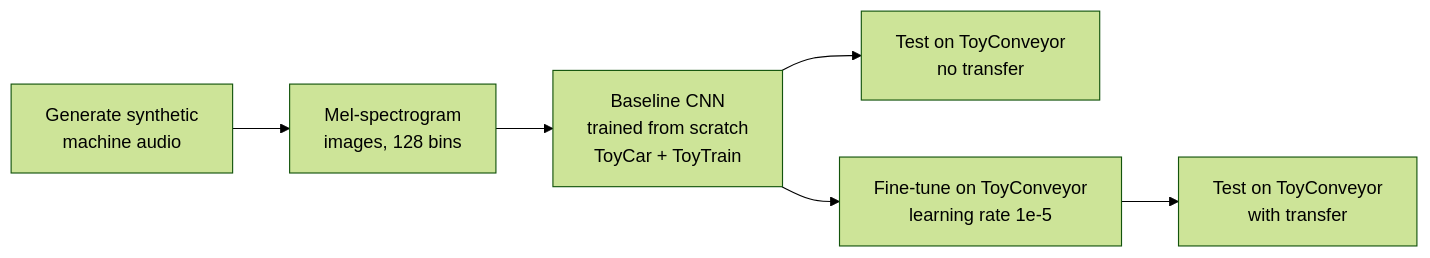
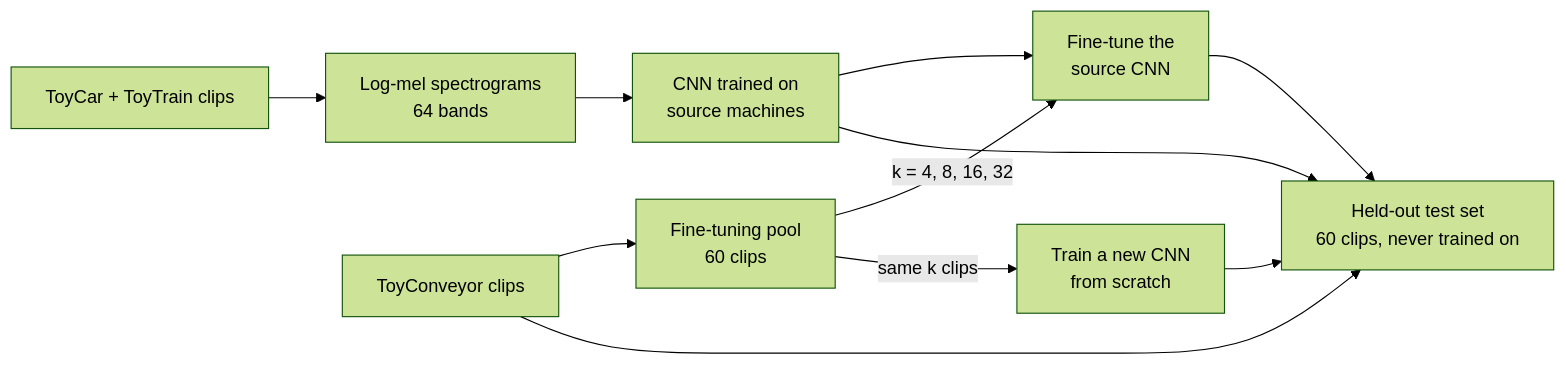
Before and after one commit to dojedaro/transfer-learning-audio-anomaly-detection: the diagram in README.md, drawn with Mermaid (forest theme). The commit also changed other lines of this file and 15 other files, not shown here.

First line of the commit message:
Rebuild the experiment with a disjoint test set and a from-scratch control

````diff
--- a/README.md
+++ b/README.md
@@ -34,8 +42,13 @@
 ```mermaid
 flowchart LR
-    G[Generate synthetic<br/>machine audio] --> M[Mel-spectrogram<br/>images, 128 bins]
-    M --> S[Baseline CNN<br/>trained from scratch<br/>ToyCar + ToyTrain]
-    S --> T1[Test on ToyConveyor<br/>no transfer]
-    S --> F[Fine-tune on ToyConveyor<br/>learning rate 1e-5]
-    F --> T2[Test on ToyConveyor<br/>with transfer]
+    S[ToyCar + ToyTrain clips] --> M[Log-mel spectrograms<br/>64 bands]
+    M --> SRC[CNN trained on<br/>source machines]
+    C[ToyConveyor clips] --> P[Fine-tuning pool<br/>60 clips]
+    C --> T[Held-out test set<br/>60 clips, never trained on]
+    P -->|k = 4, 8, 16, 32| FT[Fine-tune the<br/>source CNN]
+    P -->|same k clips| SC[Train a new CNN<br/>from scratch]
+    SRC --> FT
+    SRC --> T
+    FT --> T
+    SC --> T
 ```
````
